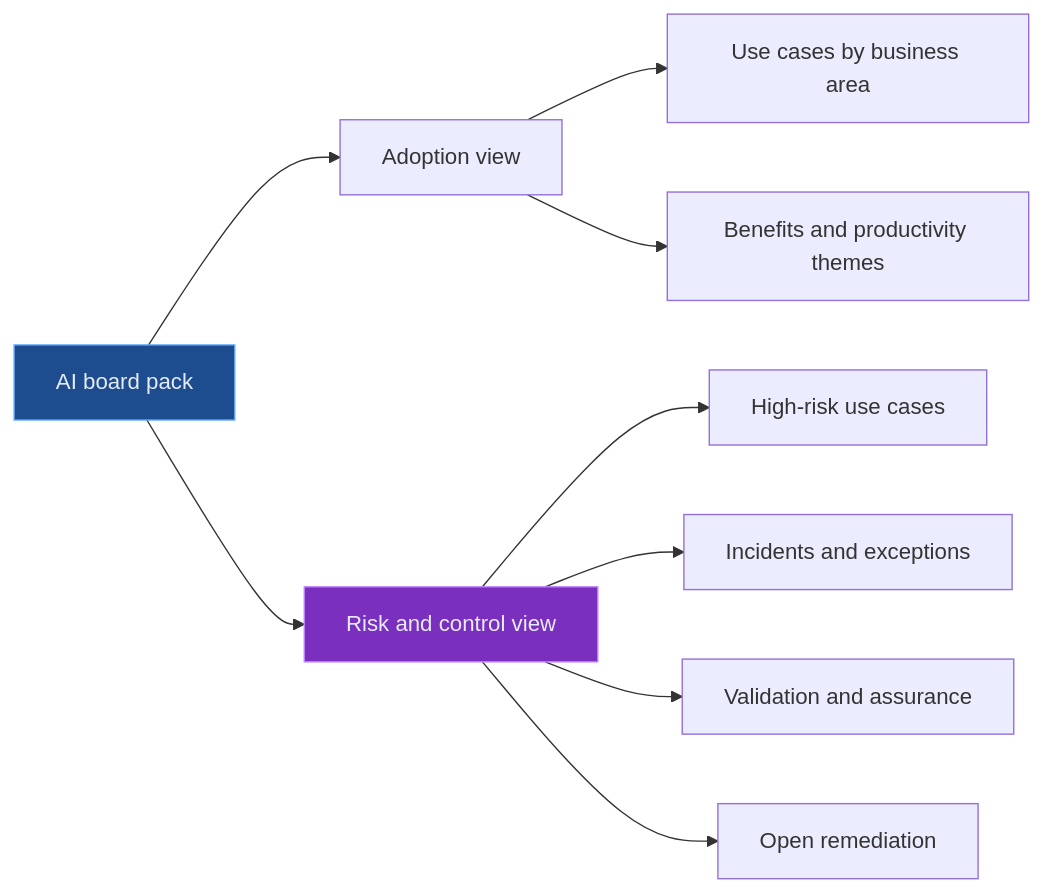
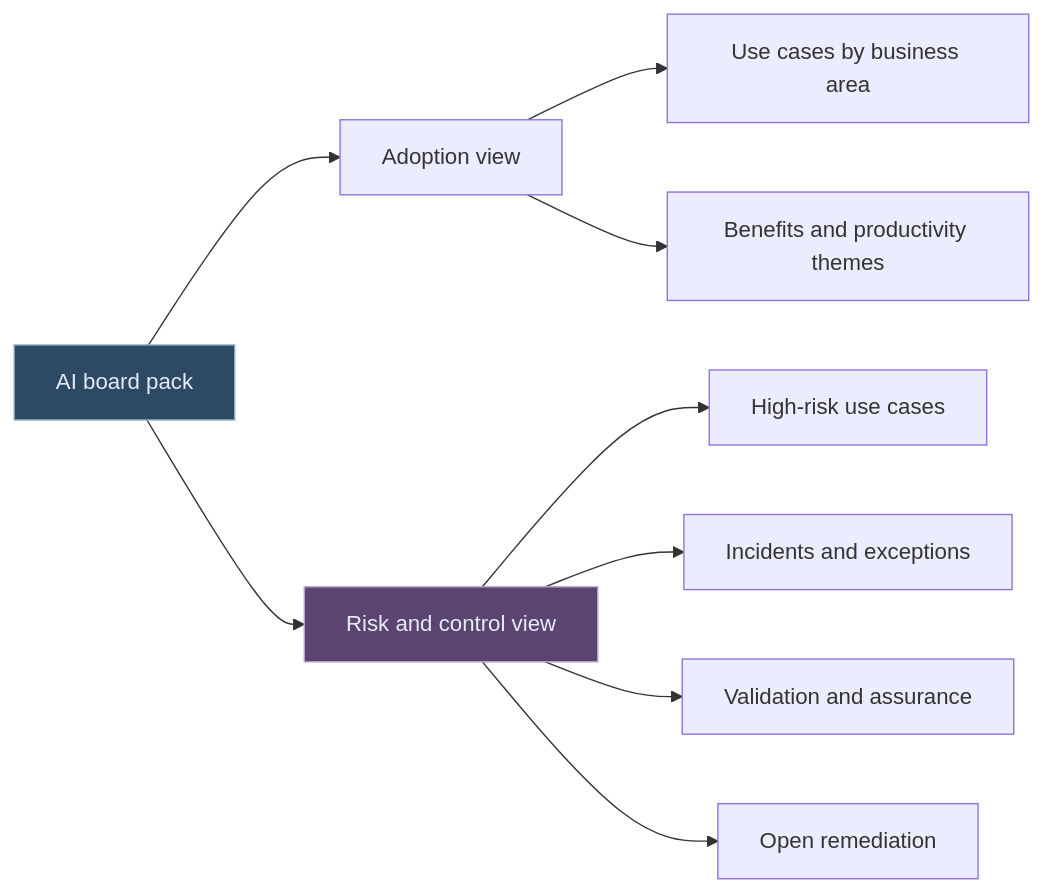
One commit to lorvexai/lorvexai changed the diagram in blog/board-reporting-for-ai-risk-and-model-risk-committees.md. Above: the diagram before and after it, drawn with Mermaid. The commit also changed 16 other files, not shown here.

First line of the commit message:
Retune hardcoded Mermaid node colors to match the site palette

````diff
--- a/blog/board-reporting-for-ai-risk-and-model-risk-committees.md
+++ b/blog/board-reporting-for-ai-risk-and-model-risk-committees.md
@@ -28,14 +28,14 @@
 ```mermaid
 flowchart LR
   A[AI board pack] --> B[Adoption view]
   A --> C[Risk and control view]
   B --> D[Use cases by business area]
   B --> E[Benefits and productivity themes]
   C --> F[High-risk use cases]
   C --> G[Incidents and exceptions]
   C --> H[Validation and assurance]
   C --> I[Open remediation]
 
-  style A fill:#1D4C8F,stroke:#60a5fa,color:#E6ECF7
-  style C fill:#7B2FBE,stroke:#c084fc,color:#E6ECF7
+  style A fill:#2C4A63,stroke:#8FB2CC,color:#E6ECF7
+  style C fill:#5B4570,stroke:#BCA6CC,color:#E6ECF7
 ```
````
